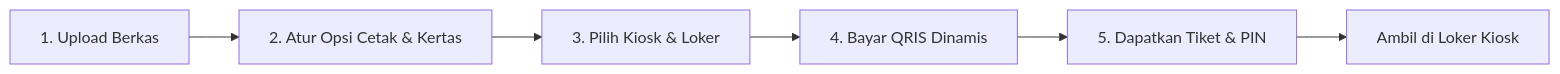
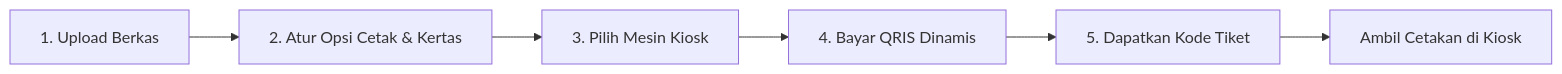
Before and after one commit to LouofJoe-git/PemWeb: the diagram in README.md, drawn with Mermaid. The commit also changed other lines of this file and 19 other files, not shown here.

````diff
--- a/README.md
+++ b/README.md
@@ -59,8 +59,8 @@
 ```mermaid
 flowchart LR
     A[1. Upload Berkas] --> B[2. Atur Opsi Cetak & Kertas]
-    B --> C[3. Pilih Kiosk & Loker]
+    B --> C[3. Pilih Mesin Kiosk]
     C --> D[4. Bayar QRIS Dinamis]
-    D --> E[5. Dapatkan Tiket & PIN]
-    E --> F[Ambil di Loker Kiosk]
+    D --> E[5. Dapatkan Kode Tiket]
+    E --> F[Ambil Cetakan di Kiosk]
 ```
````
